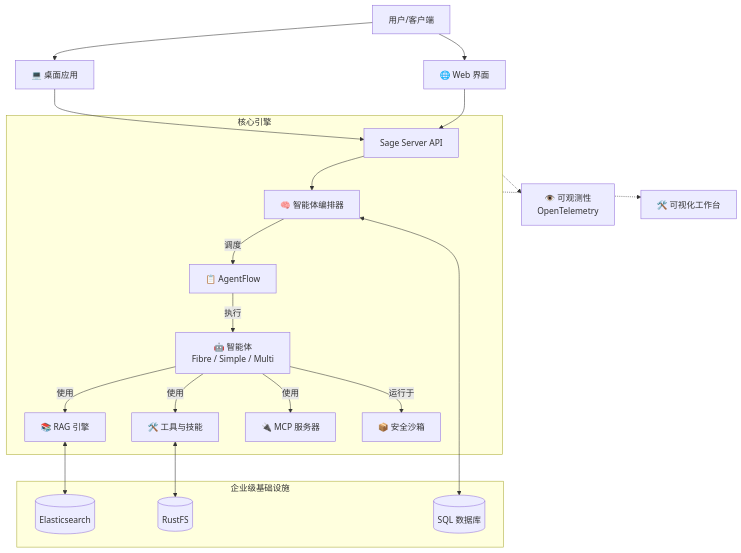
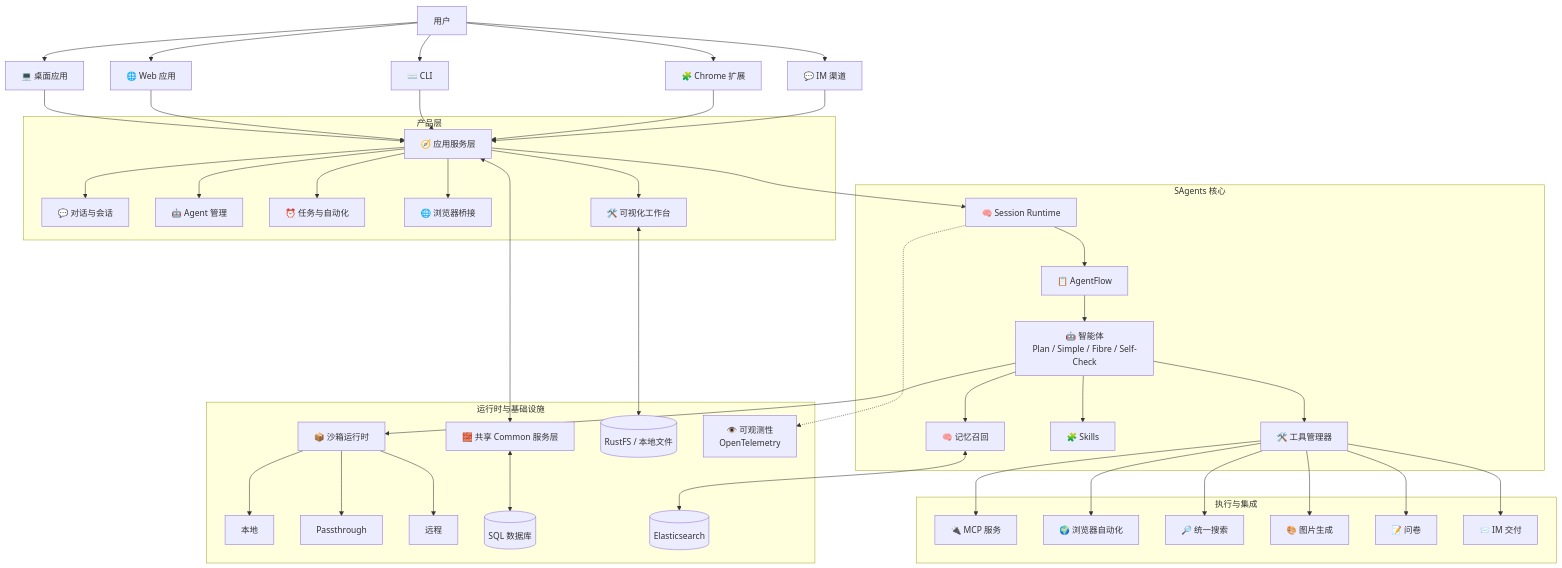
One commit to ZHangZHengEric/Sage changed the diagram in README_CN.md. Above: the diagram before and after it, drawn with Mermaid. The commit also changed other lines of this file and 3 other files, not shown here.

````diff
--- a/README_CN.md
+++ b/README_CN.md
@@ -207,26 +205,52 @@
 ```mermaid
 graph TD
-    User[用户/客户端] --> Desktop[💻 桌面应用]
-    User --> Web[🌐 Web 界面]
-    Desktop --> API[Sage Server API]
-    Web --> API
-    
-    subgraph Core[核心引擎]
-        API --> Orch[🧠 智能体编排器]
-        Orch -- "调度" --> Flow[📋 AgentFlow]
-        Flow -- "执行" --> Agents["🤖 智能体<br/>Fibre / Simple / Multi"]
-        Agents -- "使用" --> RAG[📚 RAG 引擎]
-        Agents -- "使用" --> Tools[🛠️ 工具与技能]
-        Agents -- "使用" --> MCP[🔌 MCP 服务器]
-        Agents -- "运行于" --> Box[📦 安全沙箱]
+    User[用户] --> Desktop[💻 桌面应用]
+    User --> Web[🌐 Web 应用]
+    User --> CLI[⌨️ CLI]
+    User --> Ext[🧩 Chrome 扩展]
+    User --> IM[💬 IM 渠道]
+
+    Desktop --> AppLayer[🧭 应用服务层]
+    Web --> AppLayer
+    CLI --> AppLayer
+    Ext --> AppLayer
+    IM --> AppLayer
+
+    subgraph App[产品层]
+        AppLayer --> Chat[💬 对话与会话]
+        AppLayer --> AgentsUI[🤖 Agent 管理]
+        AppLayer --> Tasks[⏰ 任务与自动化]
+        AppLayer --> Browser[🌐 浏览器桥接]
+        AppLayer --> Workbench[🛠️ 可视化工作台]
     end
 
-    subgraph Infra[企业级基础设施]
-        RAG <--> ES[(Elasticsearch)]
-        Tools <--> RustFS[(RustFS)]
-        Orch <--> DB[(SQL 数据库)]
+    subgraph Core[SAgents 核心]
+        AppLayer --> Runtime[🧠 Session Runtime]
+        Runtime --> Flow[📋 AgentFlow]
+        Flow --> Agents["🤖 智能体<br/>Plan / Simple / Fibre / Self-Check"]
+        Agents --> Memory[🧠 记忆召回]
+        Agents --> Skills[🧩 Skills]
+        Agents --> ToolMgr[🛠️ 工具管理器]
     end
-    
-    Core -.-> Obs["👁️ 可观测性<br/>OpenTelemetry"]
-    Core -.-> Workbench["🛠️ 可视化工作台"]
+
+    subgraph Tools[执行与集成]
+        ToolMgr --> MCP[🔌 MCP 服务]
+        ToolMgr --> BrowserTools[🌍 浏览器自动化]
+        ToolMgr --> Search[🔎 统一搜索]
+        ToolMgr --> ImageGen[🎨 图片生成]
+        ToolMgr --> Questionnaire[📝 问卷]
+        ToolMgr --> IMTools[📨 IM 交付]
+    end
+
+    subgraph RuntimeEnv[运行时与基础设施]
+        Agents --> Sandbox[📦 沙箱运行时]
+        Sandbox --> Local[本地]
+        Sandbox --> Pass[Passthrough]
+        Sandbox --> Remote[远程]
+        AppLayer <--> Common[🧱 共享 Common 服务层]
+        Common <--> DB[(SQL 数据库)]
+        Memory <--> ES[(Elasticsearch)]
+        Workbench <--> FS[(RustFS / 本地文件)]
+        Runtime -.-> Obs["👁️ 可观测性<br/>OpenTelemetry"]
+    end
 ```
````
